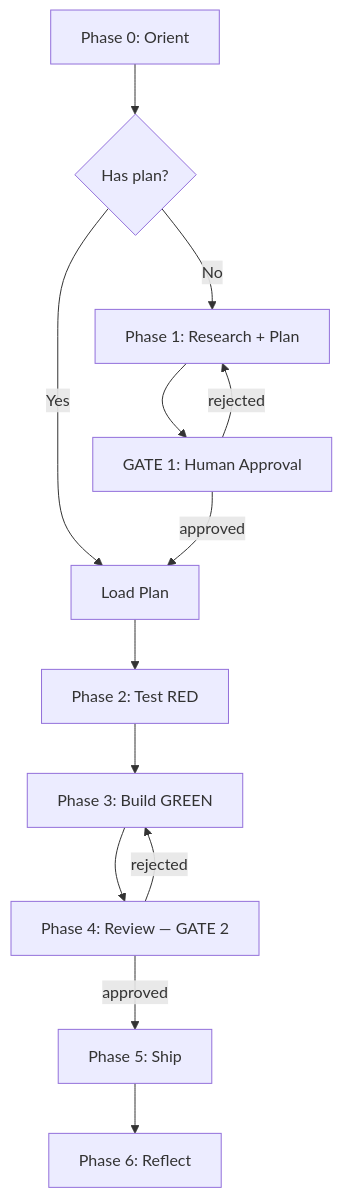
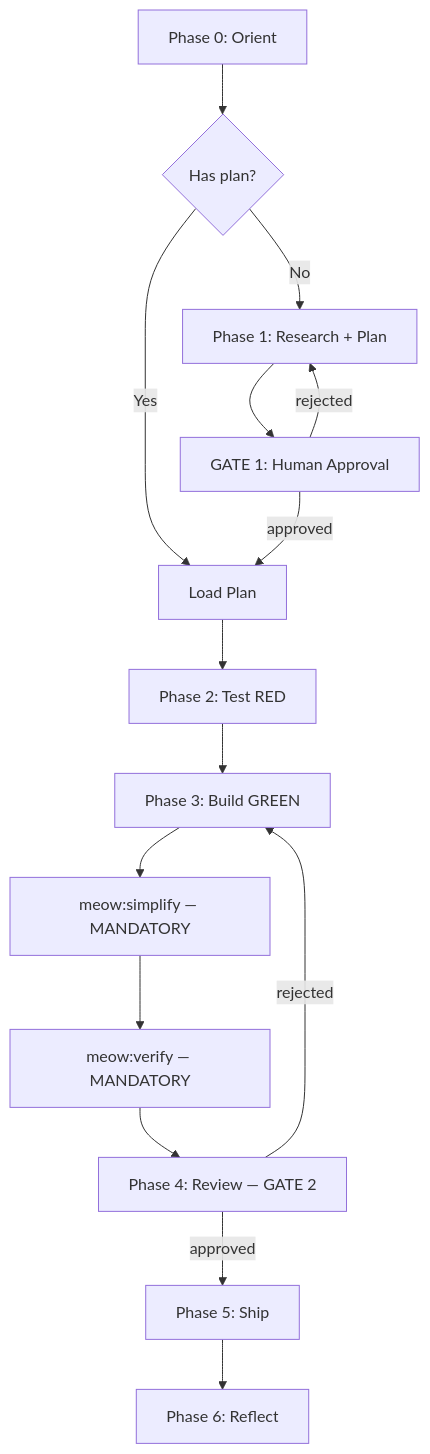
One commit to ngocsangyem/MeowKit changed the diagram in .claude/skills/meow:cook/SKILL.md. Above: the diagram before and after it, drawn with Mermaid. The commit also changed other lines of this file and 94 other files, not shown here.

````diff
--- a/.claude/skills/meow:cook/SKILL.md
+++ b/.claude/skills/meow:cook/SKILL.md
@@ -56,15 +56,17 @@
 ```mermaid
 flowchart TD
     A[Phase 0: Orient] --> B{Has plan?}
     B -->|Yes| D[Load Plan]
     B -->|No| C[Phase 1: Research + Plan]
     C --> G1[GATE 1: Human Approval]
     G1 -->|approved| D
     G1 -->|rejected| C
     D --> E[Phase 2: Test RED]
     E --> F[Phase 3: Build GREEN]
-    F --> G2[Phase 4: Review — GATE 2]
+    F --> S[meow:simplify — MANDATORY]
+    S --> V[meow:verify — MANDATORY]
+    V --> G2[Phase 4: Review — GATE 2]
     G2 -->|approved| H[Phase 5: Ship]
     G2 -->|rejected| F
     H --> I[Phase 6: Reflect]
 ```
````
